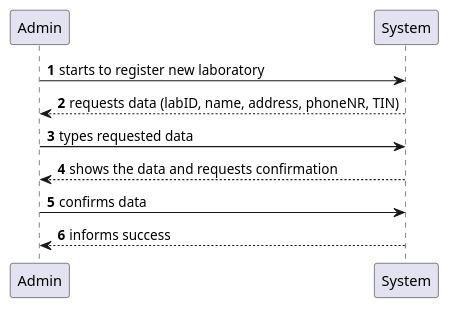
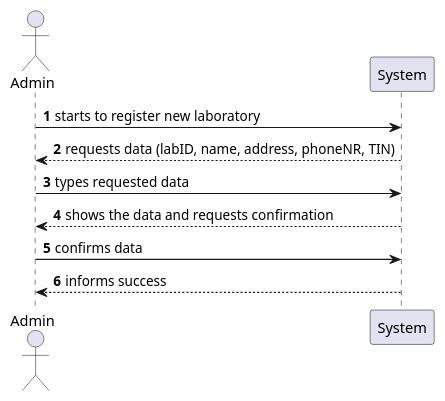
Before and after one commit to jsmarques98/LAPR2-ISEP: the diagram in docs/SprintB/US8/US8_SSD.puml, drawn with PlantUML. The commit also changed 1 other file, not shown here.

```diff
--- a/docs/SprintB/US8/US8_SSD.puml
+++ b/docs/SprintB/US8/US8_SSD.puml
@@ -1,14 +1,16 @@
 @startuml
 'https://plantuml.com/sequence-diagram
 
 autonumber
+
+actor  "Admin"
 
 Admin -> System: starts to register new laboratory
 System --> Admin: requests data (labID, name, address, phoneNR, TIN)
 
 Admin -> System: types requested data
 System --> Admin: shows the data and requests confirmation
 
 Admin -> System: confirms data
 System --> Admin: informs success
 @enduml
```
